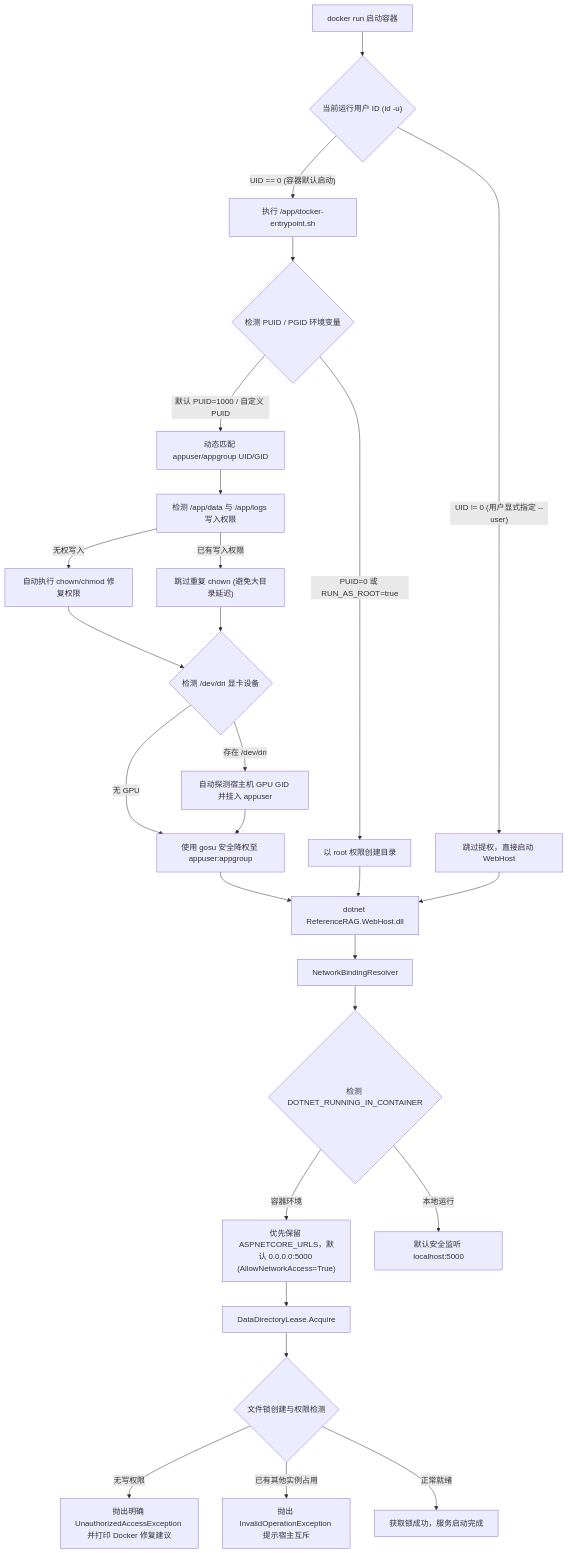
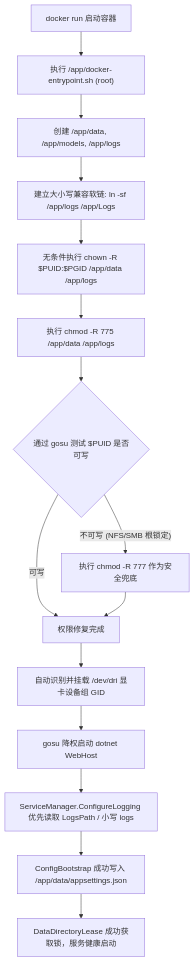
One commit to csvkse/ReferenceRAG changed the diagram in docs/docker-volume-permission-and-network-binding-root-cause-and-solution.md. Above: the diagram before and after it, drawn with Mermaid. The commit also changed other lines of this file and 9 other files, not shown here.

Commit message:
fix(docker): fix entrypoint chown condition and resolve /app/Logs case sensitivity

````diff
--- a/docs/docker-volume-permission-and-network-binding-root-cause-and-solution.md
+++ b/docs/docker-volume-permission-and-network-binding-root-cause-and-solution.md
@@ -82,35 +81,17 @@
 ```mermaid
 flowchart TD
-    A["docker run 启动容器"] --> B{"当前运行用户 ID (id -u)"}
-    B -- "UID == 0 (容器默认启动)" --> C["执行 /app/docker-entrypoint.sh"]
-    B -- "UID != 0 (用户显式指定 --user)" --> G["跳过提权，直接启动 WebHost"]
-
-    C --> D{"检测 PUID / PGID 环境变量"}
-    D -- "PUID=0 或 RUN_AS_ROOT=true" --> E["以 root 权限创建目录"]
-    D -- "默认 PUID=1000 / 自定义 PUID" --> F["动态匹配 appuser/appgroup UID/GID"]
-
-    F --> H["检测 /app/data 与 /app/logs 写入权限"]
-    H -- "无权写入" --> I["自动执行 chown/chmod 修复权限"]
-    H -- "已有写入权限" --> J["跳过重复 chown (避免大目录延迟)"]
-
-    I --> K{"检测 /dev/dri 显卡设备"}
-    J --> K
-    K -- "存在 /dev/dri" --> L["自动探测宿主机 GPU GID 并挂入 appuser"]
-    K -- "无 GPU" --> M["使用 gosu 安全降权至 appuser:appgroup"]
-    L --> M
-
-    M --> N["dotnet ReferenceRAG.WebHost.dll"]
-    E --> N
-    G --> N
-
-    N --> O["NetworkBindingResolver"]
-    O --> P{"检测 DOTNET_RUNNING_IN_CONTAINER"}
-    P -- "容器环境" --> Q["优先保留 ASPNETCORE_URLS，默认 0.0.0.0:5000 (AllowNetworkAccess=True)"]
-    P -- "本地运行" --> R["默认安全监听 localhost:5000"]
-
-    Q --> S["DataDirectoryLease.Acquire"]
-    S --> T{"文件锁创建与权限检测"}
-    T -- "无写权限" --> U["抛出明确 UnauthorizedAccessException 并打印 Docker 修复建议"]
-    T -- "已有其他实例占用" --> V["抛出 InvalidOperationException 提示宿主互斥"]
-    T -- "正常就绪" --> W["获取锁成功，服务启动完成"]
+    A["docker run 启动容器"] --> B["执行 /app/docker-entrypoint.sh (root)"]
+    B --> C["创建 /app/data, /app/models, /app/logs"]
+    C --> D["建立大小写兼容软链: ln -sf /app/logs /app/Logs"]
+    D --> E["无条件执行 chown -R $PUID:$PGID /app/data /app/logs"]
+    E --> F["执行 chmod -R 775 /app/data /app/logs"]
+    F --> G{"通过 gosu 测试 $PUID 是否可写"}
+    G -- "不可写 (NFS/SMB 根锁定)" --> H["执行 chmod -R 777 作为安全兜底"]
+    G -- "可写" --> I["权限修复完成"]
+    H --> I
+    I --> J["自动识别并挂载 /dev/dri 显卡设备组 GID"]
+    J --> K["gosu 降权启动 dotnet WebHost"]
+    K --> L["ServiceManager.ConfigureLogging 优先读取 LogsPath / 小写 logs"]
+    L --> M["ConfigBootstrap 成功写入 /app/data/appsettings.json"]
+    M --> N["DataDirectoryLease 成功获取锁，服务健康启动"]
 ```
````
